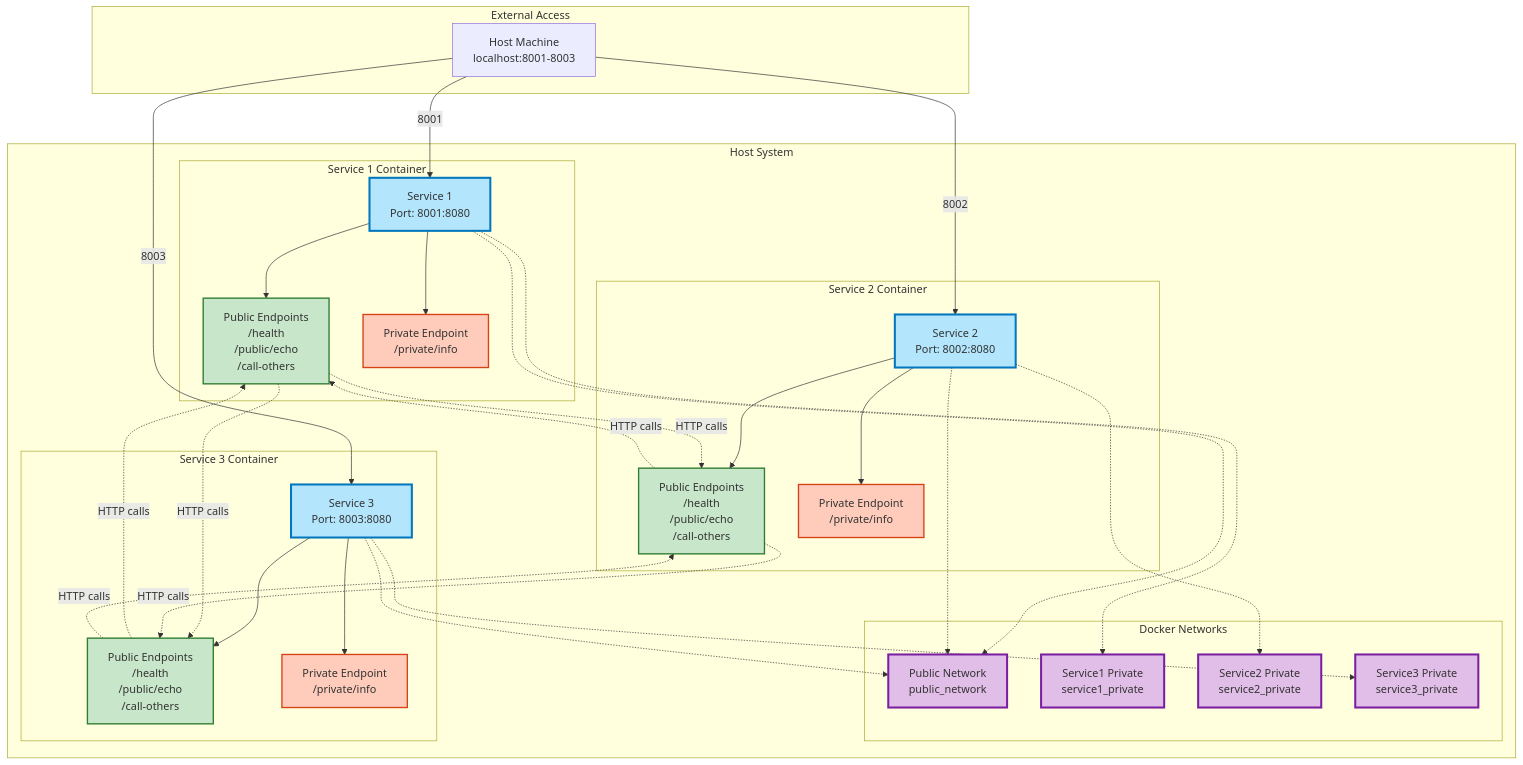
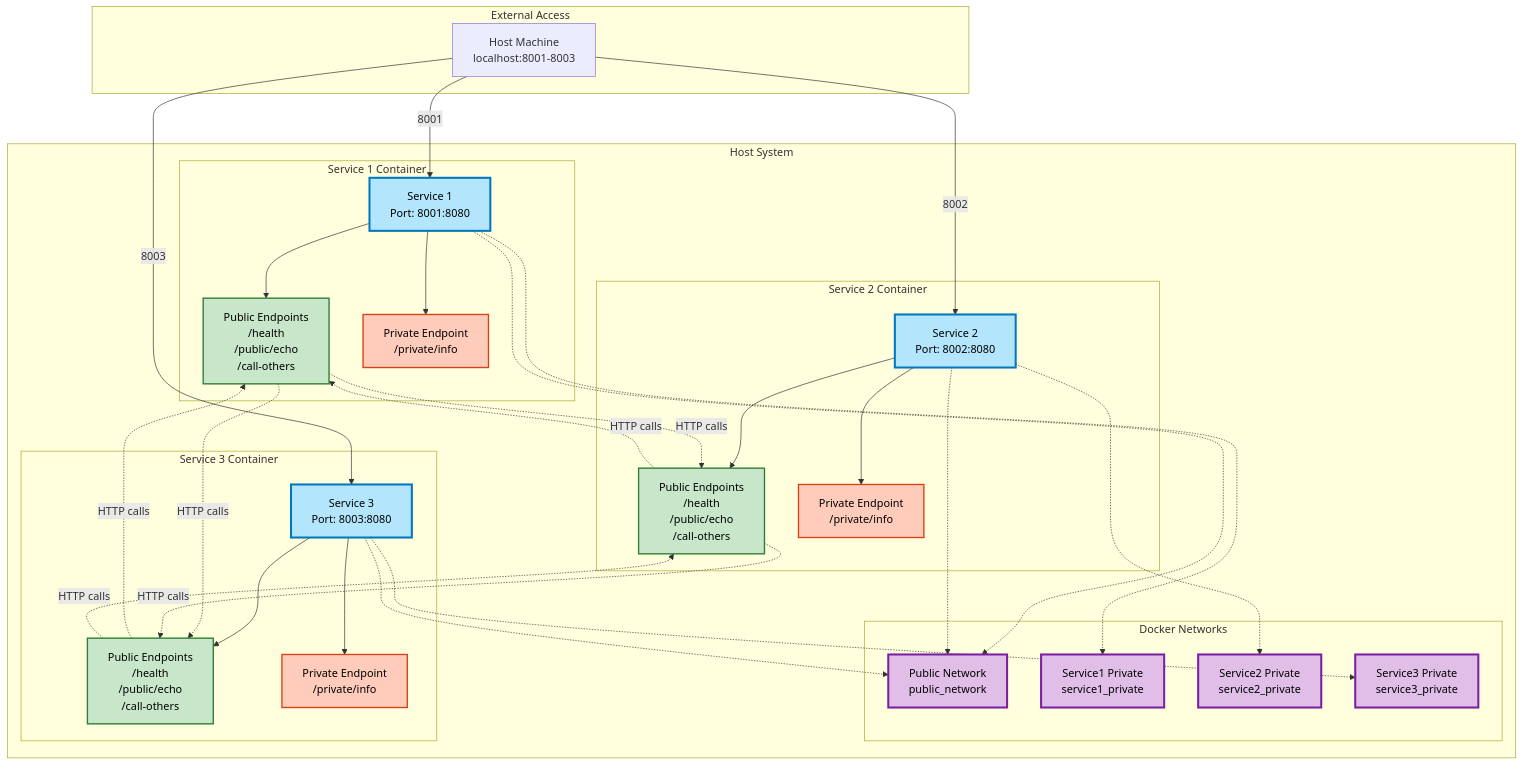
Before and after one commit to thara/docker-compose-network-playground: the diagram in README.md, drawn with Mermaid.

Commit message:
docs: add black font color to Mermaid diagram for better text readability
- Set color:#000000 for all styled elements to ensure black text
- Improve text contrast against colorful backgrounds
- Enhance readability across different themes and displays

🤖 Generated with [Claude Code](https://claude.ai/code)

````diff
--- a/README.md
+++ b/README.md
@@ -16,72 +16,72 @@
 ```mermaid
 graph TB
     subgraph "Host System"
         subgraph "Docker Networks"
             PN[Public Network<br/>public_network]
             SP1[Service1 Private<br/>service1_private]
             SP2[Service2 Private<br/>service2_private]
             SP3[Service3 Private<br/>service3_private]
         end
         
         subgraph "Service 1 Container"
             S1[Service 1<br/>Port: 8001:8080]
             S1PE[Public Endpoints<br/>/health<br/>/public/echo<br/>/call-others]
             S1PV[Private Endpoint<br/>/private/info]
             S1 --> S1PE
             S1 --> S1PV
         end
         
         subgraph "Service 2 Container"
             S2[Service 2<br/>Port: 8002:8080]
             S2PE[Public Endpoints<br/>/health<br/>/public/echo<br/>/call-others]
             S2PV[Private Endpoint<br/>/private/info]
             S2 --> S2PE
             S2 --> S2PV
         end
         
         subgraph "Service 3 Container"
             S3[Service 3<br/>Port: 8003:8080]
             S3PE[Public Endpoints<br/>/health<br/>/public/echo<br/>/call-others]
             S3PV[Private Endpoint<br/>/private/info]
             S3 --> S3PE
             S3 --> S3PV
         end
     end
     
     subgraph "External Access"
         HOST[Host Machine<br/>localhost:8001-8003]
     end
     
     %% Network connections
     S1 -.-> PN
     S2 -.-> PN
     S3 -.-> PN
     
     S1 -.-> SP1
     S2 -.-> SP2
     S3 -.-> SP3
     
     %% Inter-service communication
     S1PE -.->|HTTP calls| S2PE
     S1PE -.->|HTTP calls| S3PE
     S2PE -.->|HTTP calls| S1PE
     S2PE -.->|HTTP calls| S3PE
     S3PE -.->|HTTP calls| S1PE
     S3PE -.->|HTTP calls| S2PE
     
     %% Host access
     HOST -->|8001| S1
     HOST -->|8002| S2
     HOST -->|8003| S3
     
     %% Styling
-    classDef serviceBox fill:#b3e5fc,stroke:#0277bd,stroke-width:3px
-    classDef networkBox fill:#e1bee7,stroke:#7b1fa2,stroke-width:3px
-    classDef endpointBox fill:#c8e6c9,stroke:#2e7d32,stroke-width:2px
-    classDef privateBox fill:#ffccbc,stroke:#d84315,stroke-width:2px
+    classDef serviceBox fill:#b3e5fc,stroke:#0277bd,stroke-width:3px,color:#000000
+    classDef networkBox fill:#e1bee7,stroke:#7b1fa2,stroke-width:3px,color:#000000
+    classDef endpointBox fill:#c8e6c9,stroke:#2e7d32,stroke-width:2px,color:#000000
+    classDef privateBox fill:#ffccbc,stroke:#d84315,stroke-width:2px,color:#000000
     
     class S1,S2,S3 serviceBox
     class PN,SP1,SP2,SP3 networkBox
     class S1PE,S2PE,S3PE endpointBox
     class S1PV,S2PV,S3PV privateBox
 ```
````
